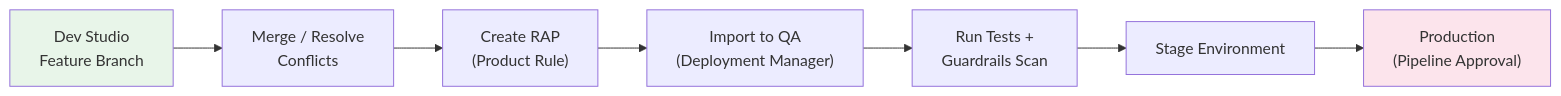
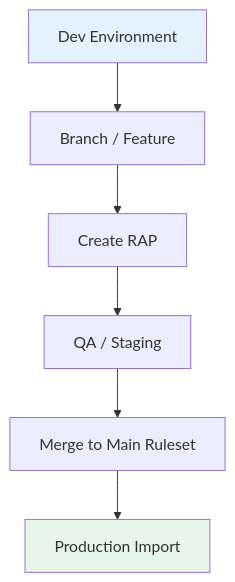
Before and after one commit to pratham-vishk/pega-interview-romance-guide: the diagram in pega-interview-prep/diagrams/09-deployment-pipeline.mmd, drawn with Mermaid. The commit also changed 46 other files, not shown here.

First line of the commit message:
Ultra comprehensive edition: expand all 473 subtopics, fix diagram page-fit

```diff
--- a/pega-interview-prep/diagrams/09-deployment-pipeline.mmd
+++ b/pega-interview-prep/diagrams/09-deployment-pipeline.mmd
@@ -1,10 +1,9 @@
-flowchart LR
-    DEV["Dev Studio\nFeature Branch"] --> MR["Merge / Resolve\nConflicts"]
-    MR --> RAP["Create RAP\n(Product Rule)"]
-    RAP --> QA["Import to QA\n(Deployment Manager)"]
-    QA --> TEST["Run Tests +\nGuardrails Scan"]
-    TEST --> STG["Stage Environment"]
-    STG --> PROD["Production\n(Pipeline Approval)"]
+flowchart TD
+    D["Dev Environment"] --> B["Branch / Feature"]
+    B --> R["Create RAP"]
+    R --> Q["QA / Staging"]
+    Q --> M["Merge to Main Ruleset"]
+    M --> P["Production Import"]
 
-    style DEV fill:#e8f5e9
-    style PROD fill:#fce4ec
+    style D fill:#e3f2fd
+    style P fill:#e8f5e9
```
